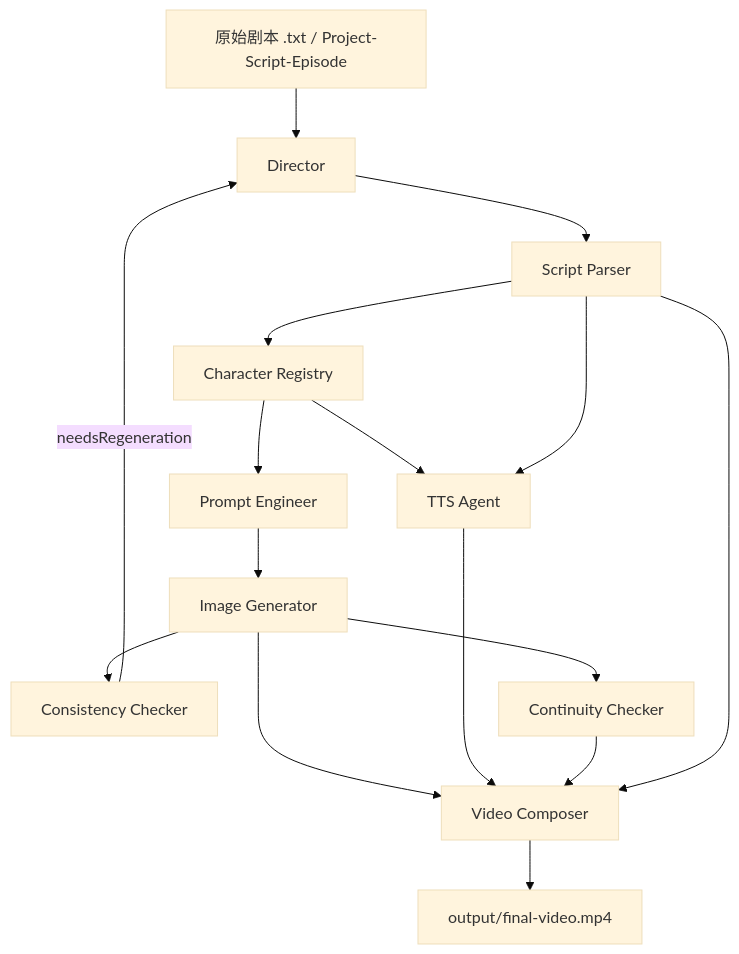
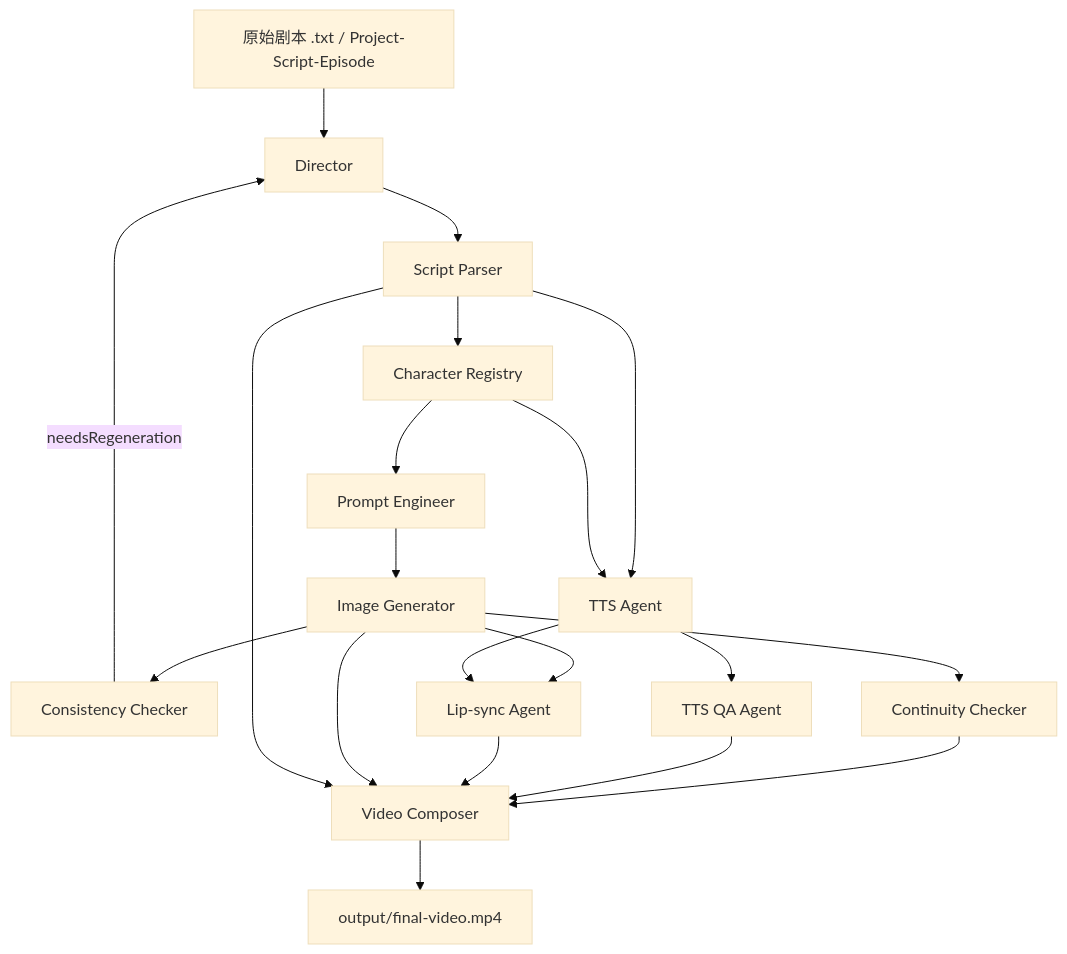
Before and after one commit to OliverPanda/AI-video-factory-pro: the diagram in docs/agents/agent-io-map.md, drawn with Mermaid (base theme). The commit also changed other lines of this file and 12 other files, not shown here.

````diff
--- a/docs/agents/agent-io-map.md
+++ b/docs/agents/agent-io-map.md
@@ -10,18 +10,22 @@
 ```mermaid
 flowchart TD
     A[原始剧本 .txt / Project-Script-Episode] --> B[Director]
     B --> C[Script Parser]
     C --> D[Character Registry]
     D --> E[Prompt Engineer]
     E --> F[Image Generator]
     F --> G[Consistency Checker]
     G -->|needsRegeneration| B
-    F --> K[Continuity Checker]
-    D --> H[TTS Agent]
-    C --> H
-    F --> I[Video Composer]
-    H --> I
-    K --> I
-    C --> I
-    I --> J[output/final-video.mp4]
+    F --> H[Continuity Checker]
+    C --> I[TTS Agent]
+    D --> I
+    I --> J[TTS QA Agent]
+    F --> K[Lip-sync Agent]
+    I --> K
+    H --> L[Video Composer]
+    J --> L
+    K --> L
+    F --> L
+    C --> L
+    L --> M[output/final-video.mp4]
 ```
````
